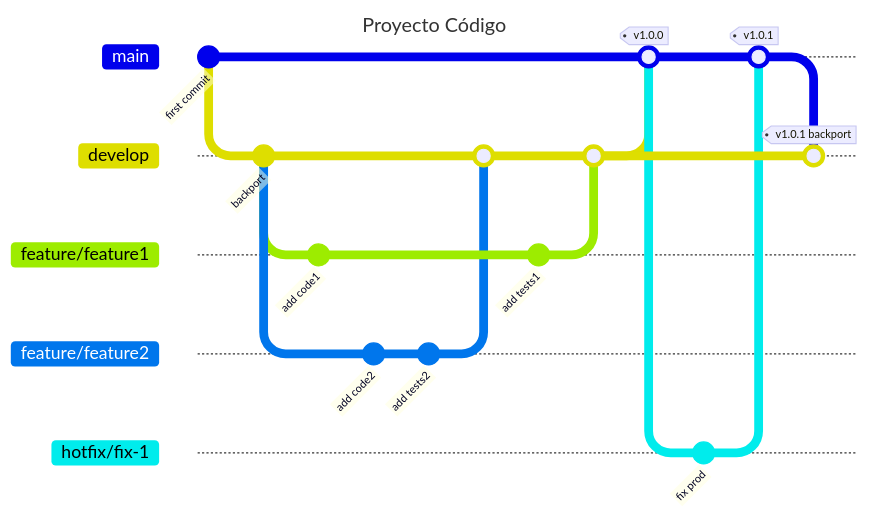
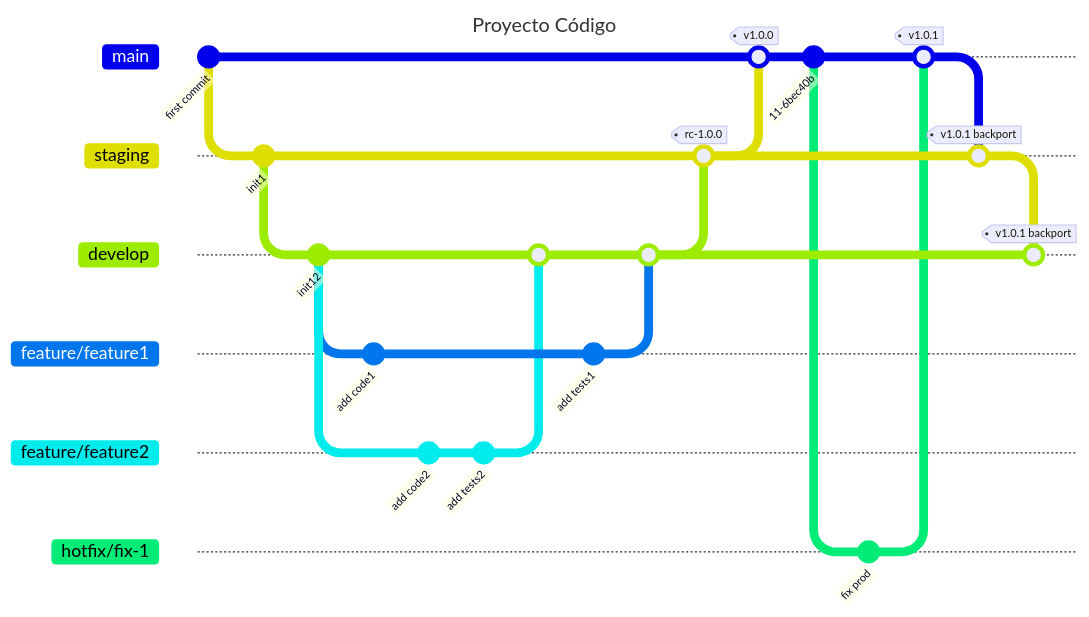
One commit to ObligatorioDevOps3M/DevOps changed the diagram in diagramas/GitFlow.md. Above: the diagram before and after it, drawn with Mermaid. The commit also changed 1 other file, not shown here.

Commit message:
add staging branch to diagram

````diff
--- a/diagramas/GitFlow.md
+++ b/diagramas/GitFlow.md
@@ -1,36 +1,49 @@
 ``` mermaid
 ---
 title: Proyecto Código
 ---
 gitGraph
 
    commit id: "first commit" 
+   branch staging
+   commit id: "init1"
    branch develop
-   checkout develop
-   commit id: "backport" 
+   commit id: "init12"
+   
    branch feature/feature1
    checkout feature/feature1
    commit id: "add code1" 
    checkout develop
+
    branch feature/feature2
    checkout feature/feature2
    commit id: "add code2" 
    commit id: "add tests2" 
    checkout feature/feature2
    checkout develop 
    merge feature/feature2
    checkout feature/feature1
    commit id: "add tests1" 
    checkout develop 
-   merge feature/feature1
+    merge feature/feature1
+    
+   checkout staging
+   merge develop tag: "rc-1.0.0"
+
    checkout main
-   merge develop tag: "v1.0.0"
+   merge staging tag: "v1.0.0"
+   
    checkout main
+
+   commit id: ""
+   
    branch hotfix/fix-1
    commit id: "fix prod"
    checkout hotfix/fix-1
    checkout main
    merge hotfix/fix-1 tag: "v1.0.1"
+   checkout staging
+   merge main tag: "v1.0.1 backport"
    checkout develop
-   merge main tag: "v1.0.1 backport"
+   merge staging tag: "v1.0.1 backport"
    ``` 
````
